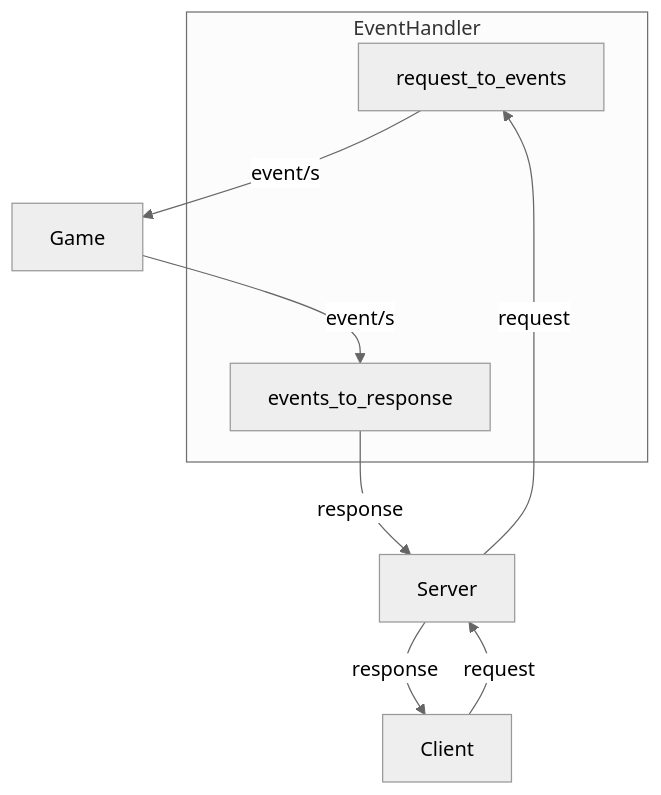
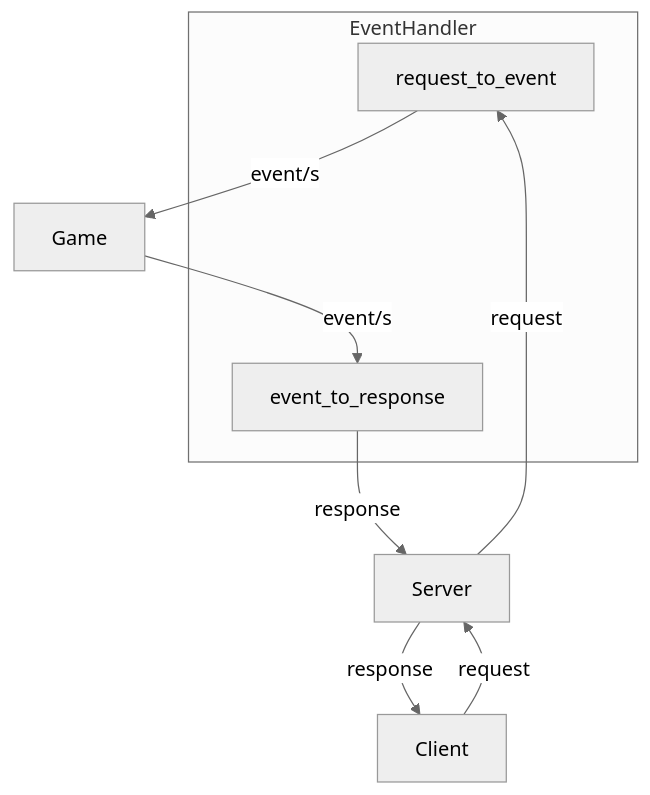
Before and after one commit to likecookiesstudio/ecs-game-engine: the fourth of 5 diagrams in architecture_granularity_level_class.md, drawn with Mermaid (neutral theme). The commit also changed other lines of this file and 5 other files, not shown here.

````diff
--- a/architecture_granularity_level_class.md
+++ b/architecture_granularity_level_class.md
@@ -55,15 +55,15 @@
 ```mermaid
 graph TD;
     subgraph EventHandler
-    request_to_events
-    events_to_response
+    request_to_event
+    event_to_response
     end
 
     Client--request-->Server;
-    Server--request-->request_to_events;
-    request_to_events--event/s-->Game;
+    Server--request-->request_to_event;
+    request_to_event--event/s-->Game;
 
-    Game--event/s-->events_to_response;
-    events_to_response--response-->Server;
+    Game--event/s-->event_to_response;
+    event_to_response--response-->Server;
     Server--response-->Client;
 ```
````
